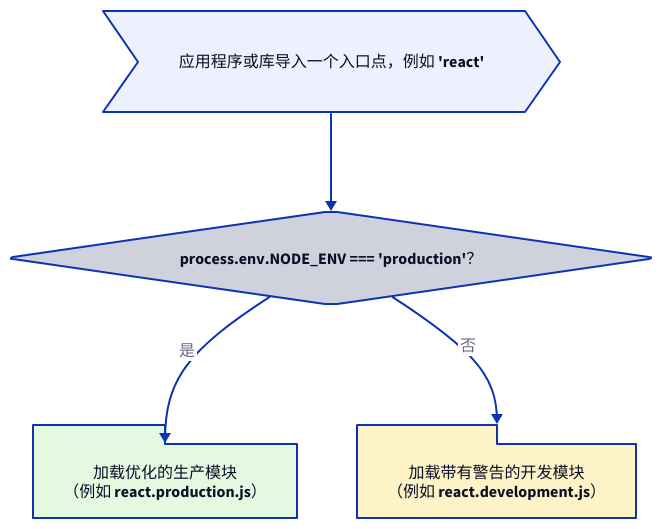
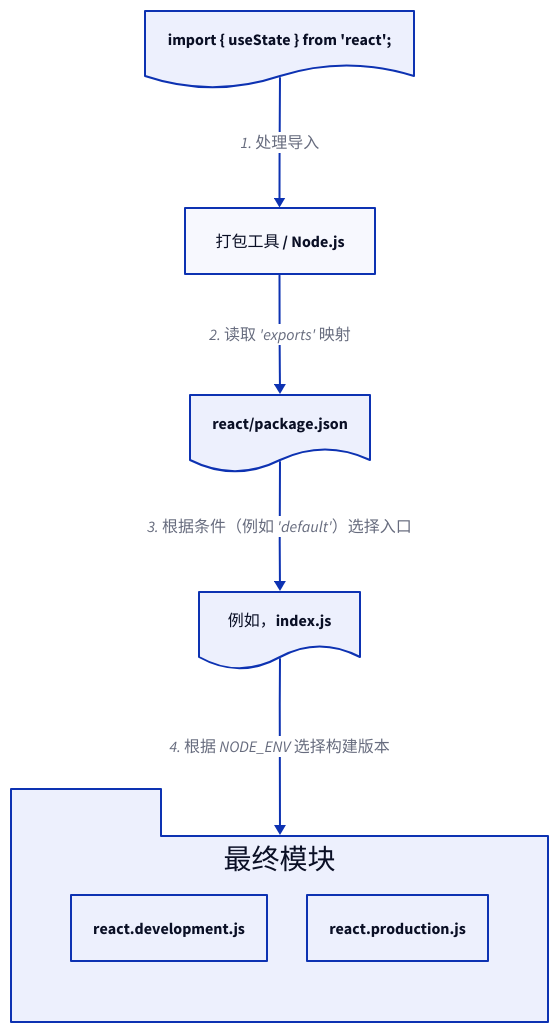
One commit to lban2049/react changed the diagram in packages/react/.aigne/doc-smith/docs/package-exports.zh.md. Above: the diagram before and after it, drawn with D2. The commit also changed other lines of this file and 46 other files, not shown here.

````diff
--- a/packages/react/.aigne/doc-smith/docs/package-exports.zh.md
+++ b/packages/react/.aigne/doc-smith/docs/package-exports.zh.md
@@ -39,29 +21,36 @@
 ```d2
 direction: down
 
-"import 'react'": {
-  shape: step
-  label: "应用程序或库导入一个入口点，例如 'react'"
+"你的代码": {
+  shape: document
+  label: "import { useState } from 'react';"
 }
 
-"check_env": {
-  shape: diamond
-  label: "process.env.NODE_ENV === 'production'？"
+"构建工具": {
+  shape: rectangle
+  label: "打包工具 / Node.js"
 }
 
-"prod_module": {
-  shape: package
-  label: "加载优化的生产模块\n（例如 react.production.js）"
-  style.fill: "#E5F9E0"
+"package.json": {
+  shape: document
+  label: "react/package.json"
 }
 
-"dev_module": {
-  shape: package
-  label: "加载带有警告的开发模块\n（例如 react.development.js）"
-  style.fill: "#FEF3C7"
+"入口点脚本": {
+  shape: document
+  label: "例如，index.js"
 }
 
-"import 'react'" -> "check_env"
-"check_env" -> "prod_module": "是"
-"check_env" -> "dev_module": "否"
+"最终模块": {
+  shape: package
+  grid-columns: 2
+  "react.development.js": {}
+  "react.production.js": {}
+}
+
+"你的代码" -> "构建工具": "1. 处理导入"
+"构建工具" -> "package.json": "2. 读取 'exports' 映射"
+"package.json" -> "入口点脚本": "3. 根据条件（例如 'default'）选择入口"
+"入口点脚本" -> "最终模块": "4. 根据 NODE_ENV 选择构建版本"
+
 ```
````
